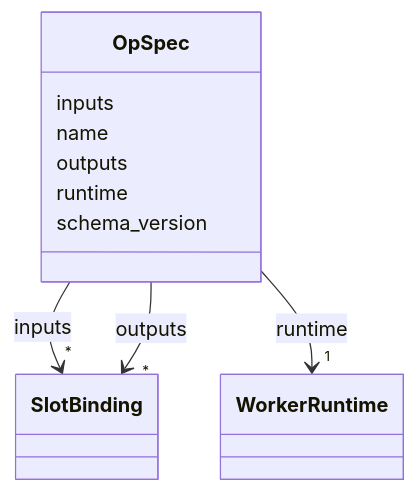
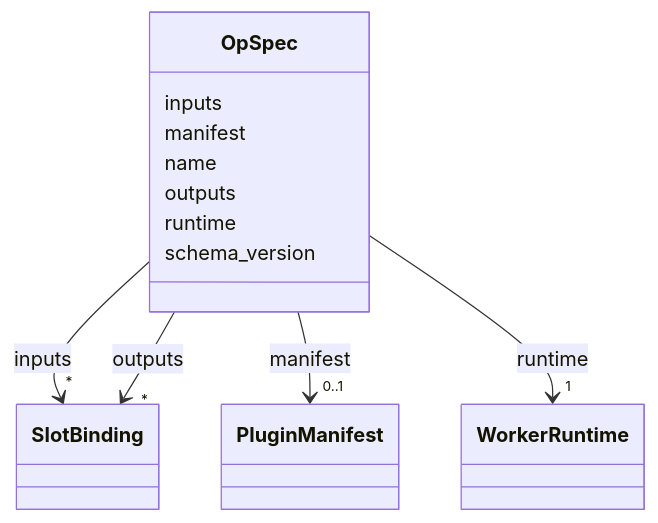
The diagram in docs/schema/OpSpec.md (phzwart/phridge), drawn with Mermaid before and after one commit. The commit also changed other lines of this file and 61 other files, not shown here.

Commit message:
contracts: PluginManifest with slots, spaces, tiers; registry hooks

````diff
--- a/docs/schema/OpSpec.md
+++ b/docs/schema/OpSpec.md
@@ -18,43 +18,54 @@
 ```mermaid
  classDiagram
     class OpSpec
     click OpSpec href "../OpSpec/"
       OpSpec : inputs
         
           
     
         
         
         OpSpec --> "*" SlotBinding : inputs
         click SlotBinding href "../SlotBinding/"
+    
+
+        
+      OpSpec : manifest
+        
+          
+    
+        
+        
+        OpSpec --> "0..1" PluginManifest : manifest
+        click PluginManifest href "../PluginManifest/"
     
 
         
       OpSpec : name
         
       OpSpec : outputs
         
           
     
         
         
         OpSpec --> "*" SlotBinding : outputs
         click SlotBinding href "../SlotBinding/"
     
 
         
       OpSpec : runtime
         
           
     
         
         
         OpSpec --> "1" WorkerRuntime : runtime
         click WorkerRuntime href "../WorkerRuntime/"
     
 
         
       OpSpec : schema_version
         
       
 ```
````
